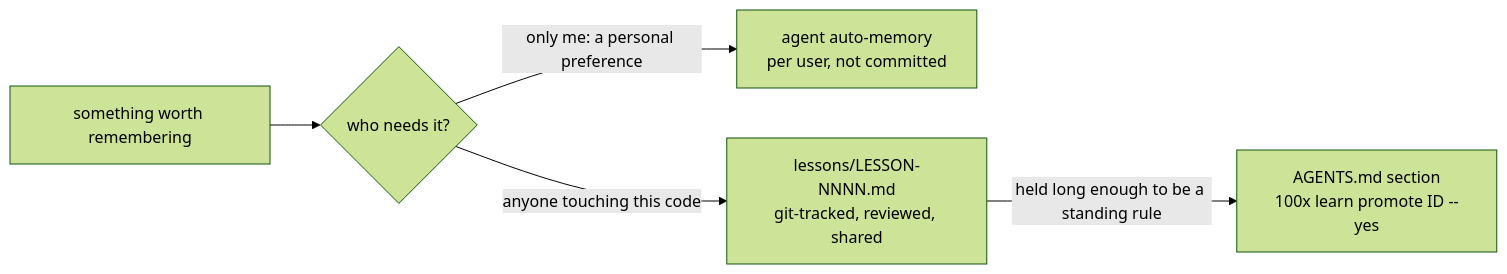
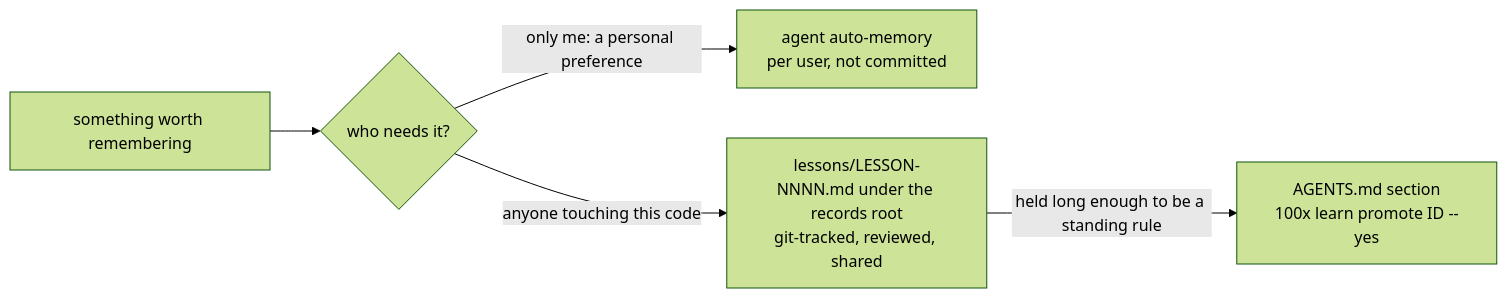
One commit to gauravprwl14/100x-engineer changed the diagram in skills/project-learning/SKILL.md. Above: the diagram before and after it, drawn with Mermaid (forest theme). The commit also changed other lines of this file and 31 other files, not shown here.

First line of the commit message:
docs(skills,agents): records-root paths, canonical AC lines, fit filter and blocking-only stops

````diff
--- a/skills/project-learning/SKILL.md
+++ b/skills/project-learning/SKILL.md
@@ -30,7 +30,7 @@
 ```mermaid
 flowchart LR
   F[something worth remembering] --> Q{who needs it?}
   Q -->|only me: a personal preference| M[agent auto-memory<br/>per user, not committed]
-  Q -->|anyone touching this code| L[lessons/LESSON-NNNN.md<br/>git-tracked, reviewed, shared]
+  Q -->|anyone touching this code| L[lessons/LESSON-NNNN.md under the records root<br/>git-tracked, reviewed, shared]
   L -->|held long enough to be a standing rule| A[AGENTS.md section<br/>100x learn promote ID --yes]
 ```
````
